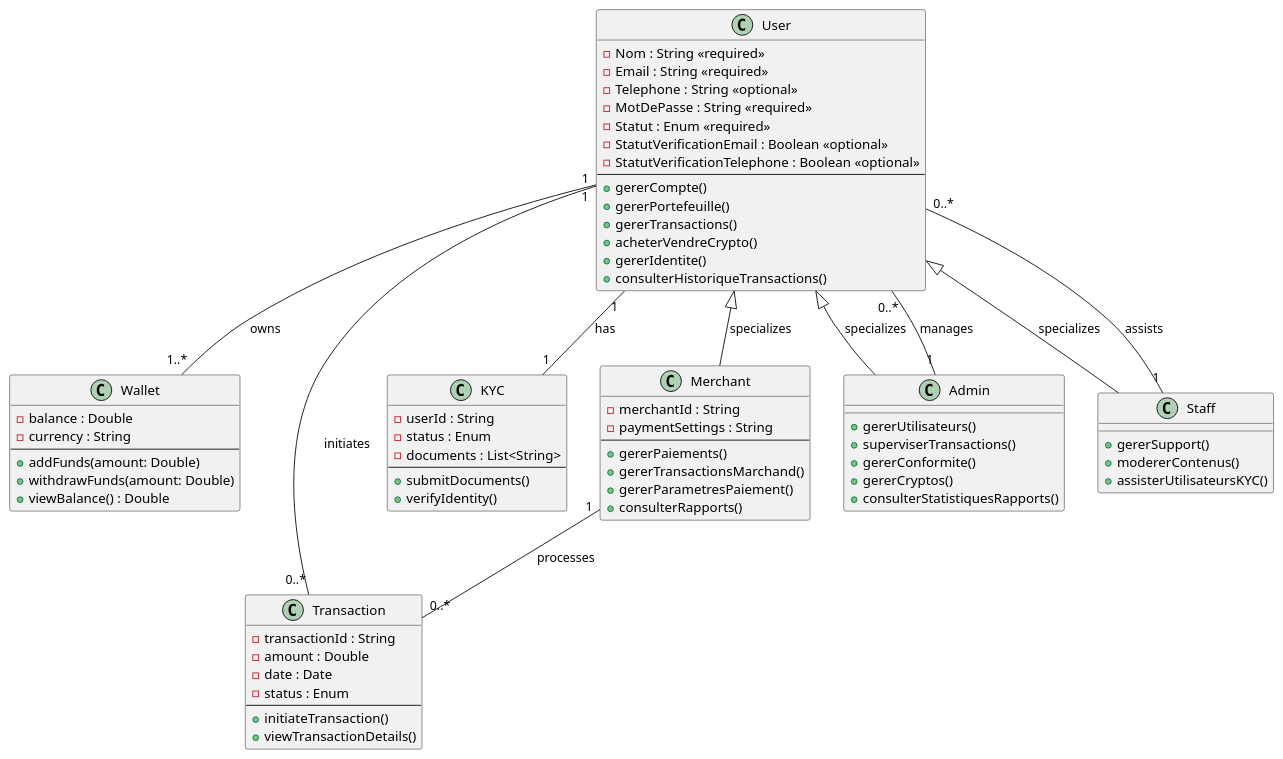
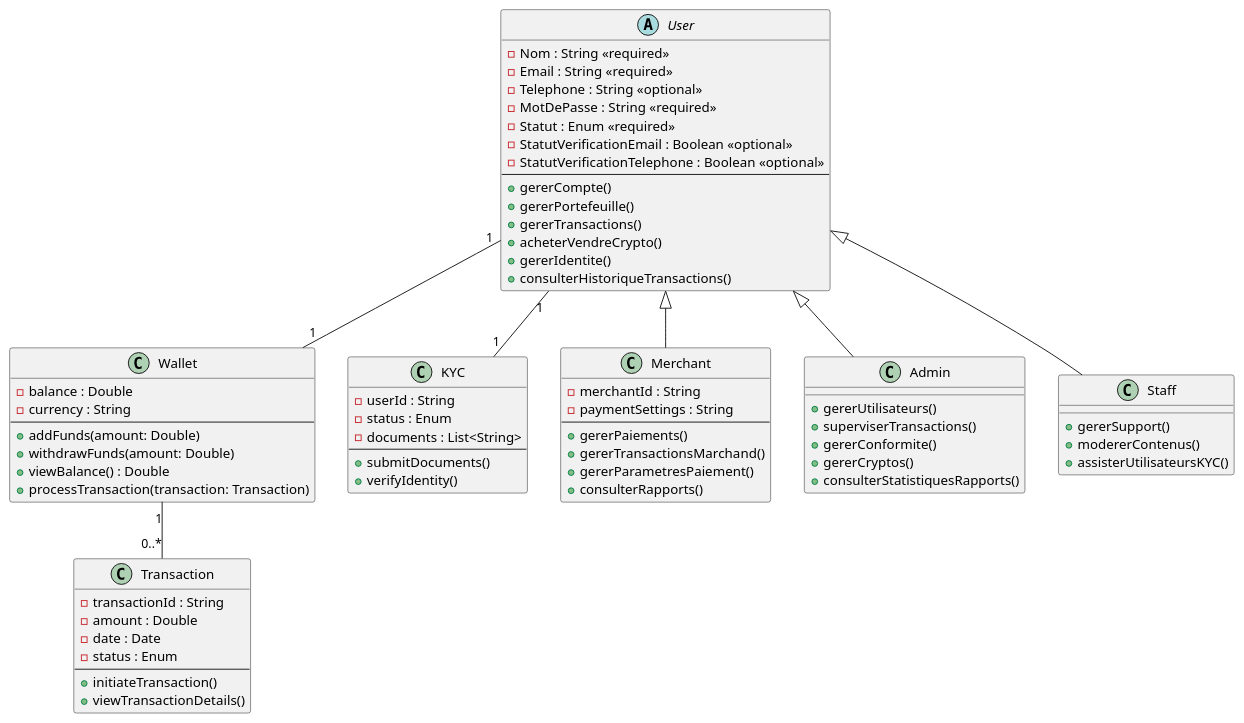
Before and after one commit to MedMoncef/cryptoBank: the diagram in user-api/classDiagram.plantuml, drawn with PlantUML. The commit also changed 31 other files, not shown here.

```diff
--- a/user-api/classDiagram.plantuml
+++ b/user-api/classDiagram.plantuml
@@ -1,82 +1,81 @@
 @startuml ClassDiagram
 
-class User {
+abstract class User {
     - Nom : String <<required>>
     - Email : String <<required>>
     - Telephone : String <<optional>>
     - MotDePasse : String <<required>>
     - Statut : Enum <<required>>
     - StatutVerificationEmail : Boolean <<optional>>
     - StatutVerificationTelephone : Boolean <<optional>>
     --
     + gererCompte()
     + gererPortefeuille()
     + gererTransactions()
     + acheterVendreCrypto()
     + gererIdentite()
     + consulterHistoriqueTransactions()
 }
 
 class Wallet {
     - balance : Double
     - currency : String
     --
     + addFunds(amount: Double)
     + withdrawFunds(amount: Double)
     + viewBalance() : Double
+    + processTransaction(transaction: Transaction)
 }
 
 class Transaction {
     - transactionId : String
     - amount : Double
     - date : Date
     - status : Enum
     --
     + initiateTransaction()
     + viewTransactionDetails()
 }
 
 class KYC {
     - userId : String
     - status : Enum
     - documents : List<String>
     --
     + submitDocuments()
     + verifyIdentity()
 }
 
 class Merchant {
     - merchantId : String
     - paymentSettings : String
     --
     + gererPaiements()
     + gererTransactionsMarchand()
     + gererParametresPaiement()
     + consulterRapports()
 }
 
 class Admin {
     + gererUtilisateurs()
     + superviserTransactions()
     + gererConformite()
     + gererCryptos()
     + consulterStatistiquesRapports()
 }
 
 class Staff {
     + gererSupport()
     + modererContenus()
     + assisterUtilisateursKYC()
 }
 
-User "1" -- "1..*" Wallet : owns
-User "1" -- "0..*" Transaction : initiates
-User "1" -- "1" KYC : has
-User <|-- Merchant : specializes
-User <|-- Admin : specializes
-User <|-- Staff : specializes
-Merchant "1" -- "0..*" Transaction : processes
-Admin "1" -- "0..*" User : manages
-Staff "1" -- "0..*" User : assists
+User <|-- Merchant
+User <|-- Admin
+User <|-- Staff
+
+User "1" -- "1" Wallet
+Wallet "1" -- "0..*" Transaction
+User "1" -- "1" KYC
 
 @enduml
```
